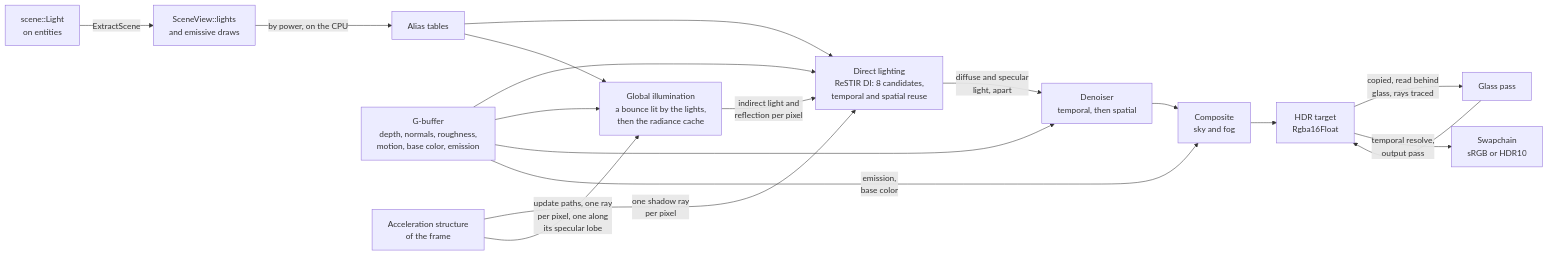
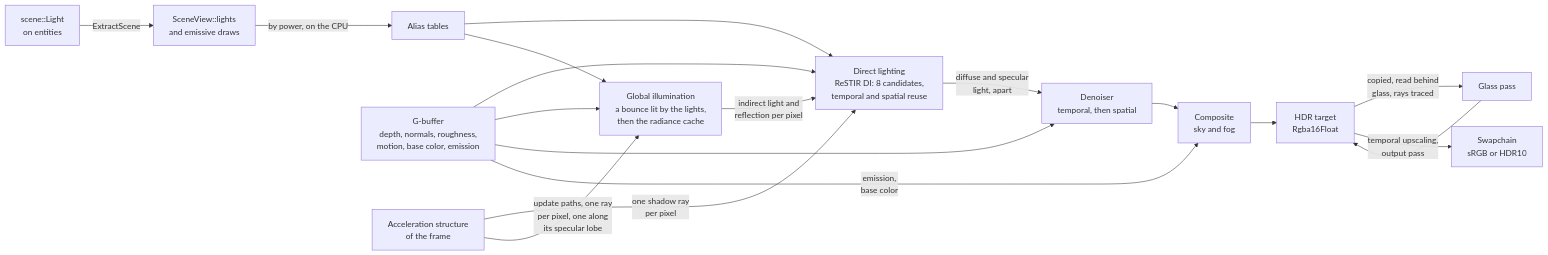
Before and after one commit to SBXdev3D/daidalos-engine-next: the eighth of 13 diagrams in docs/ARCHITECTURE.md, drawn with Mermaid. The commit also changed other lines of this file and 43 other files, not shown here.

First line of the commit message:
Phase 9.15: temporal upscaling and dynamic resolution (#40)

````diff
--- a/docs/ARCHITECTURE.md
+++ b/docs/ARCHITECTURE.md
@@ -186,20 +186,20 @@
 ```mermaid
 flowchart LR
     E["scene::Light<br/>on entities"] -->|"ExtractScene"| L["SceneView::lights<br/>and emissive draws"]
     L -->|"by power, on the CPU"| AT["Alias tables"]
     P["G-buffer<br/>depth, normals, roughness,<br/>motion, base color, emission"] --> M
     AT --> M["Direct lighting<br/>ReSTIR DI: 8 candidates,<br/>temporal and spatial reuse"]
     AS["Acceleration structure<br/>of the frame"] -->|"one shadow ray<br/>per pixel"| M
     AS -->|"update paths, one ray<br/>per pixel, one along<br/>its specular lobe"| GI["Global illumination<br/>a bounce lit by the lights,<br/>then the radiance cache"]
     AT --> GI
     P --> GI
     GI -->|"indirect light and<br/>reflection per pixel"| M
     M -->|"diffuse and specular<br/>light, apart"| DN["Denoiser<br/>temporal, then spatial"]
     P --> DN
     P -->|"emission,<br/>base color"| CO["Composite<br/>sky and fog"]
     DN --> CO
     CO --> H["HDR target<br/>Rgba16Float"]
     H -->|"copied, read behind<br/>glass, rays traced"| GL["Glass pass"]
     GL --> H
-    H -->|"temporal resolve,<br/>output pass"| S["Swapchain<br/>sRGB or HDR10"]
+    H -->|"temporal upscaling,<br/>output pass"| S["Swapchain<br/>sRGB or HDR10"]
 ```
````
